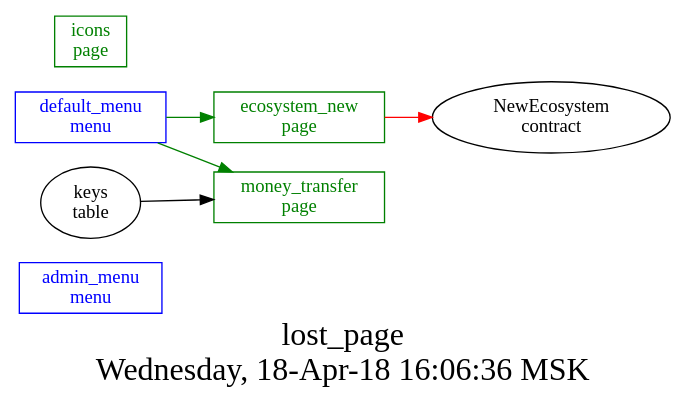
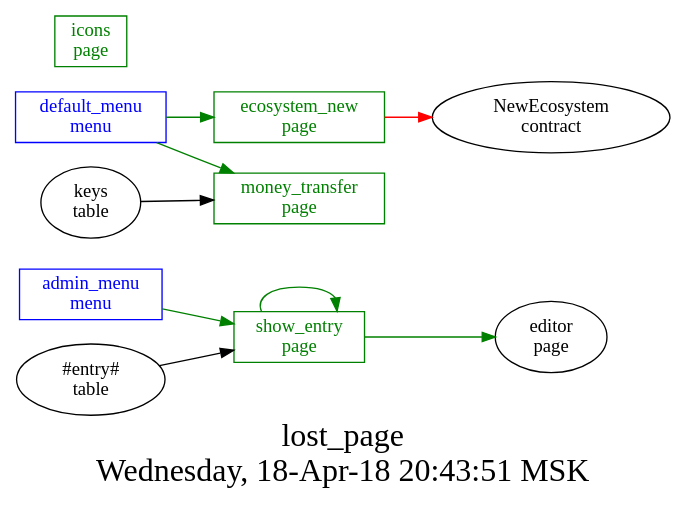
One commit to AplaProject/apps changed the diagram in src/lost_pages/struct.dot. Above: the diagram before and after it, drawn with Graphviz. The commit also changed 4 other files, not shown here.

Commit message:
+minimal admin pages

```diff
--- a/src/lost_pages/struct.dot
+++ b/src/lost_pages/struct.dot
@@ -1,19 +1,24 @@
 digraph G {
 graph [
   fontsize="24";
-  label="lost_page\nWednesday, 18-Apr-18 16:06:36 MSK";
+  label="lost_page\nWednesday, 18-Apr-18 20:43:51 MSK";
   nojustify=true;
   ordering=out;
   rankdir=LR;
   size="30";
 ];
+"admin_menu\nmenu" -> "show_entry\npage"  [ color=green ]
 "admin_menu\nmenu" [color=blue, fontcolor=blue, group=menus, shape=record];
 "default_menu\nmenu" -> "ecosystem_new\npage"  [ color=green ]
 "default_menu\nmenu" -> "money_transfer\npage"  [ color=green ]
 "default_menu\nmenu" [color=blue, fontcolor=blue, group=menus, shape=record];
 "ecosystem_new\npage" -> "NewEcosystem\ncontract"  [ color=red ]
 "ecosystem_new\npage" [color=green, fontcolor=green, group=pages, shape=record];
 "icons\npage" [color=green, fontcolor=green, group=pages, shape=record];
 "keys\ntable" -> "money_transfer\npage"  [ color="" ]
 "money_transfer\npage" [color=green, fontcolor=green, group=pages, shape=record];
+"#entry#\ntable" -> "show_entry\npage"  [ color="" ]
+"show_entry\npage" -> "show_entry\npage"  [ color=green ]
+"show_entry\npage" -> "editor\npage"  [ color=green ]
+"show_entry\npage" [color=green, fontcolor=green, group=pages, shape=record];
 }
```
